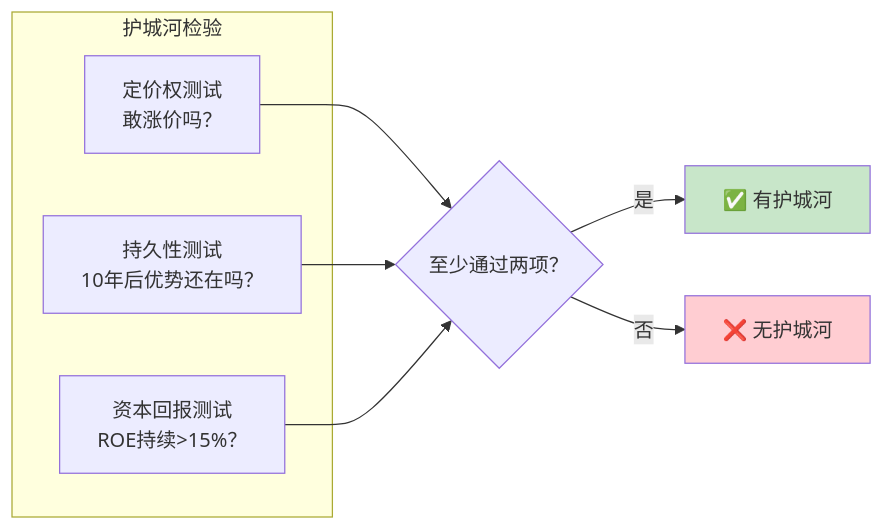
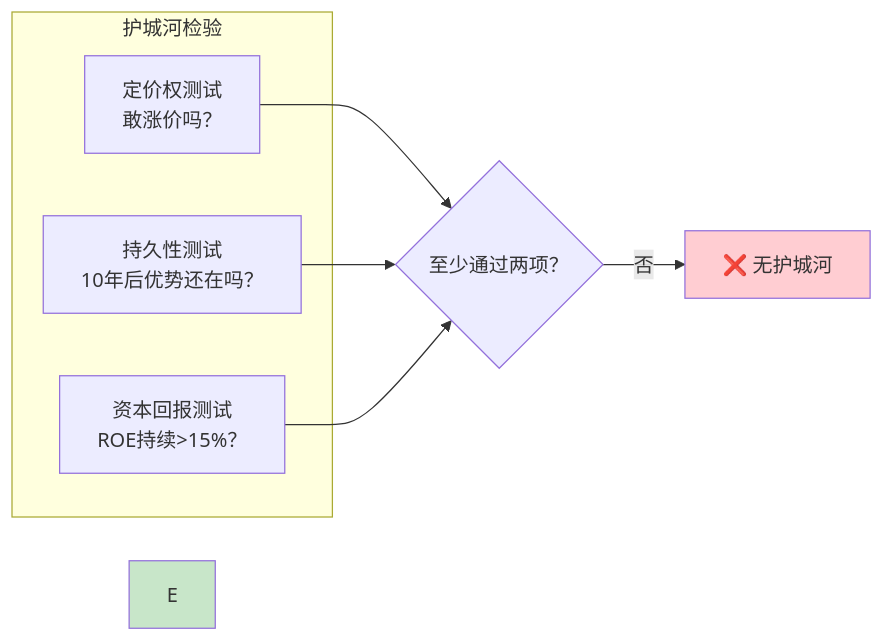
One commit to ql-wade/buffett-knowledge-base changed the ninth of 9 diagrams in content/finance/巴菲特致股东信-章节拆解/数据分析与图表.md. Above: the diagram before and after it, drawn with Mermaid. The commit also changed 77 other files, not shown here.

````diff
--- a/content/finance/巴菲特致股东信-章节拆解/数据分析与图表.md
+++ b/content/finance/巴菲特致股东信-章节拆解/数据分析与图表.md
@@ -331,18 +331,17 @@
 ```mermaid
 flowchart LR
     subgraph 护城河检验
         A[定价权测试<br/>敢涨价吗？]
         B[持久性测试<br/>10年后优势还在吗？]
         C[资本回报测试<br/>ROE持续>15%？]
     end
 
     A --> D{至少通过两项？}
     B --> D
     C --> D
 
-    D -->|是| E[✅ 有护城河]
     D -->|否| F[❌ 无护城河]
 
     style E fill:#c8e6c9
     style F fill:#ffcdd2
 ```
````
